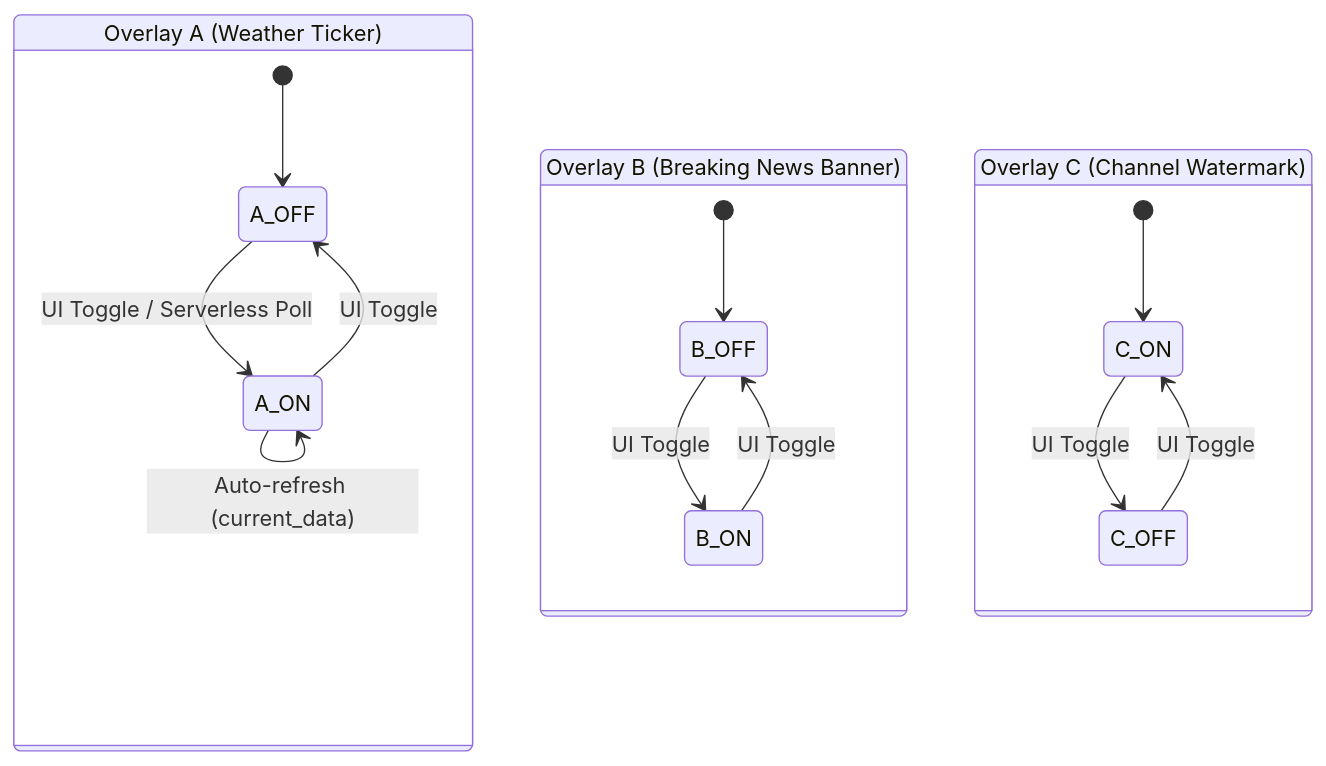
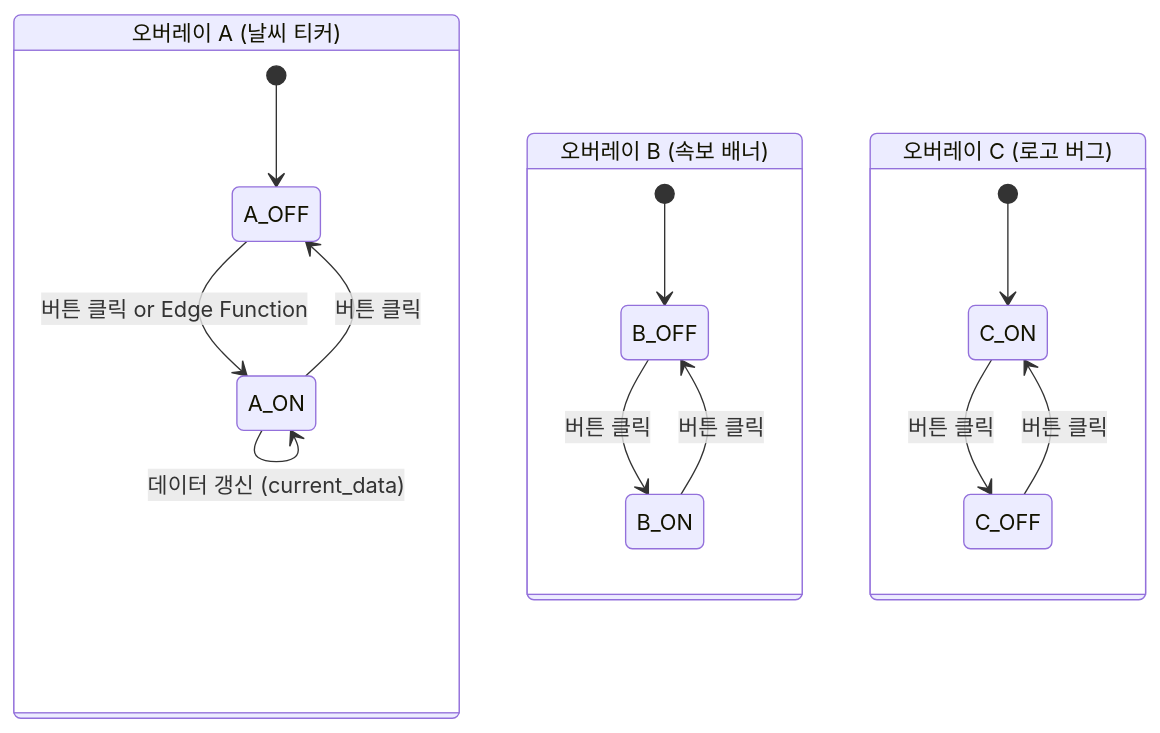
One commit to gkisanet/webcg-k changed the second of 2 diagrams in webcg-k/docs/guide/REALTIME_SYNC_ARCHITECTURE.md. Above: the diagram before and after it, drawn with Mermaid. The commit also changed other lines of this file and 155 other files, not shown here.

````diff
--- a/webcg-k/docs/guide/REALTIME_SYNC_ARCHITECTURE.md
+++ b/webcg-k/docs/guide/REALTIME_SYNC_ARCHITECTURE.md
@@ -101,23 +101,23 @@
 ```mermaid
 stateDiagram-v2
     direction TB
     
-    state "Overlay A (Weather Ticker)" as A {
+    state "오버레이 A (날씨 티커)" as A {
         [*] --> A_OFF
-        A_OFF --> A_ON: UI Toggle / Serverless Poll
-        A_ON --> A_OFF: UI Toggle
-        A_ON --> A_ON: Auto-refresh (current_data)
+        A_OFF --> A_ON: 버튼 클릭 or Edge Function
+        A_ON --> A_OFF: 버튼 클릭
+        A_ON --> A_ON: 데이터 갱신 (current_data)
     }
     
-    state "Overlay B (Breaking News Banner)" as B {
+    state "오버레이 B (속보 배너)" as B {
         [*] --> B_OFF
-        B_OFF --> B_ON: UI Toggle
-        B_ON --> B_OFF: UI Toggle
+        B_OFF --> B_ON: 버튼 클릭
+        B_ON --> B_OFF: 버튼 클릭
     }
     
-    state "Overlay C (Channel Watermark)" as C {
+    state "오버레이 C (로고 버그)" as C {
         [*] --> C_ON
-        C_ON --> C_OFF: UI Toggle
-        C_OFF --> C_ON: UI Toggle
+        C_ON --> C_OFF: 버튼 클릭
+        C_OFF --> C_ON: 버튼 클릭
     }
 ```
````
